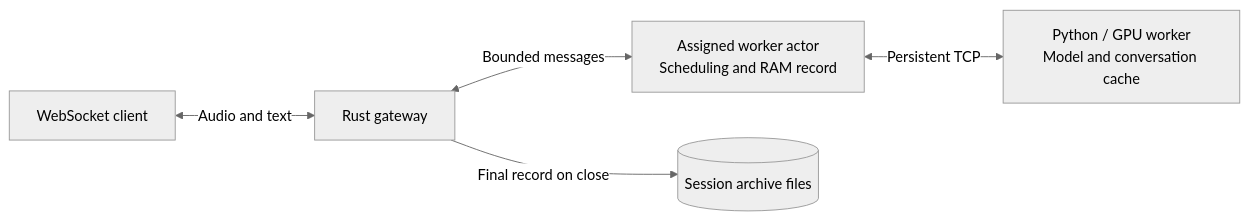
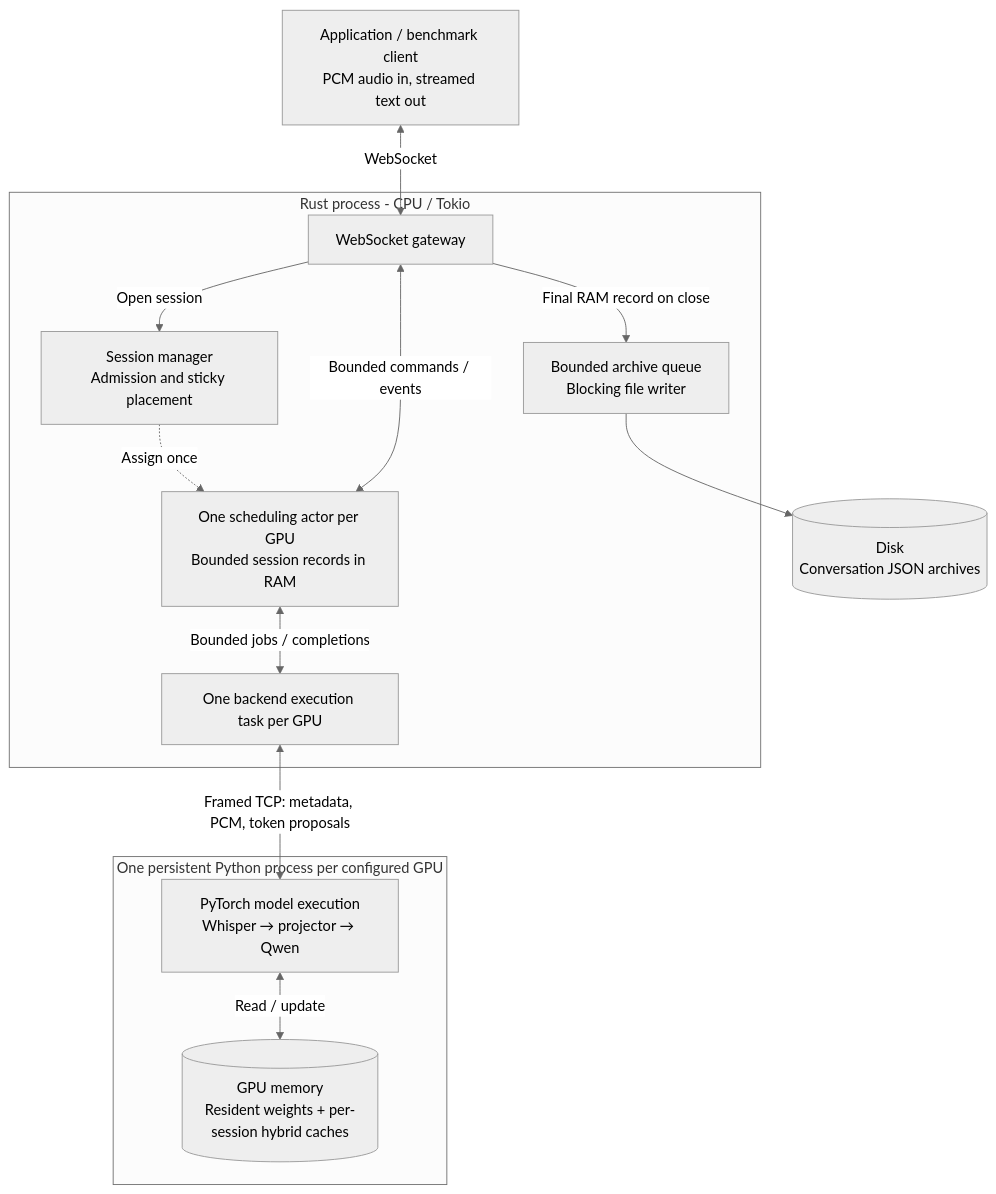
One commit to BertilBraun/rust-speech-runtime changed the first of 2 diagrams in README.md. Above: the diagram before and after it, drawn with Mermaid (neutral theme). The commit also changed other lines of this file and 4 other files, not shown here.

Commit message:
Document immediate-commit GPU benchmark and overhaul project overview

````diff
--- a/README.md
+++ b/README.md
@@ -9,7 +38,24 @@
 ```mermaid
-flowchart LR
-    client["WebSocket client"] <-->|"Audio and text"| gateway["Rust gateway"]
-    gateway <-->|"Bounded messages"| scheduler["Assigned worker actor<br/>Scheduling and RAM record"]
-    scheduler <-->|"Persistent TCP"| model["Python / GPU worker<br/>Model and conversation cache"]
-    gateway -->|"Final record on close"| archive[("Session archive files")]
+flowchart TB
+    client["Application / benchmark client<br/>PCM audio in, streamed text out"]
+    subgraph rust["Rust process - CPU / Tokio"]
+        gateway["WebSocket gateway"]
+        manager["Session manager<br/>Admission and sticky placement"]
+        actors["One scheduling actor per GPU<br/>Bounded session records in RAM"]
+        execution["One backend execution task per GPU"]
+        archive["Bounded archive queue<br/>Blocking file writer"]
+    end
+    subgraph workers["One persistent Python process per configured GPU"]
+        model["PyTorch model execution<br/>Whisper → projector → Qwen"]
+        cache[("GPU memory<br/>Resident weights + per-session hybrid caches")]
+    end
+    files[("Disk<br/>Conversation JSON archives")]
+    client <-->|"WebSocket"| gateway
+    gateway -->|"Open session"| manager
+    manager -.->|"Assign once"| actors
+    gateway <-->|"Bounded commands / events"| actors
+    actors <-->|"Bounded jobs / completions"| execution
+    execution <-->|"Framed TCP: metadata, PCM, token proposals"| model
+    model <-->|"Read / update"| cache
+    gateway -->|"Final RAM record on close"| archive --> files
 ```
````
